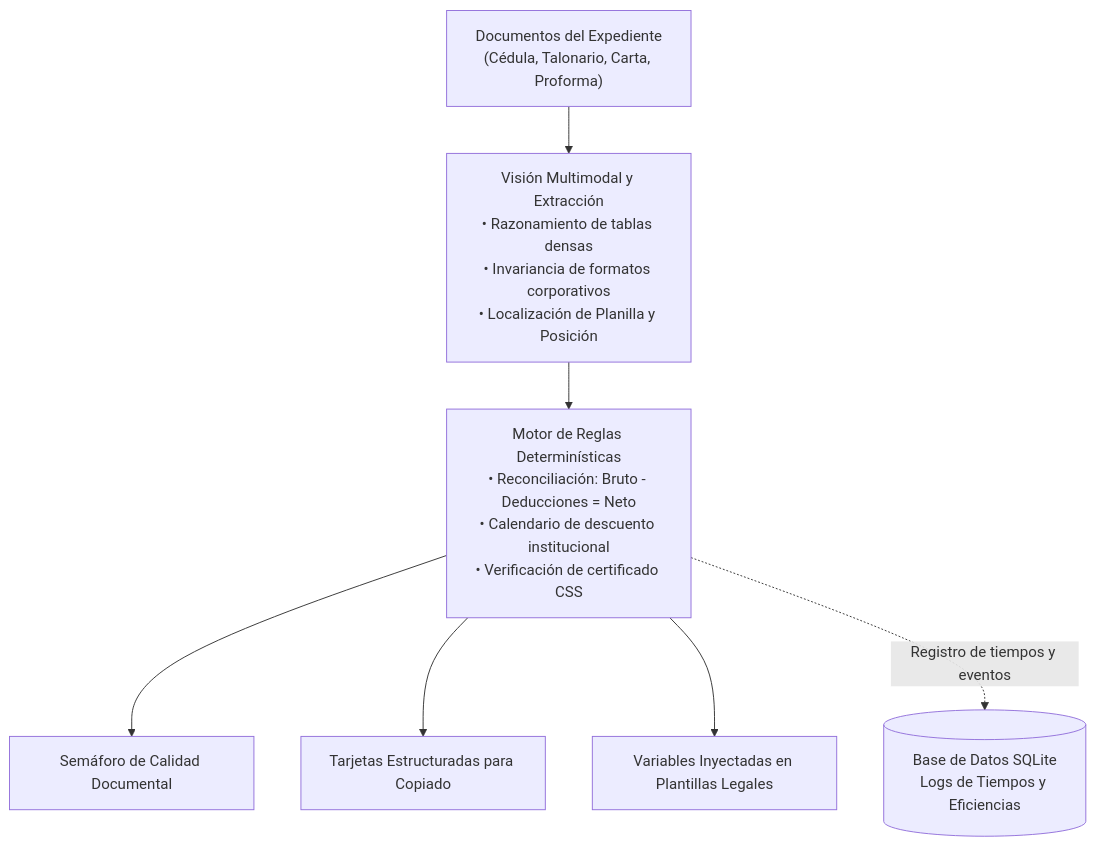
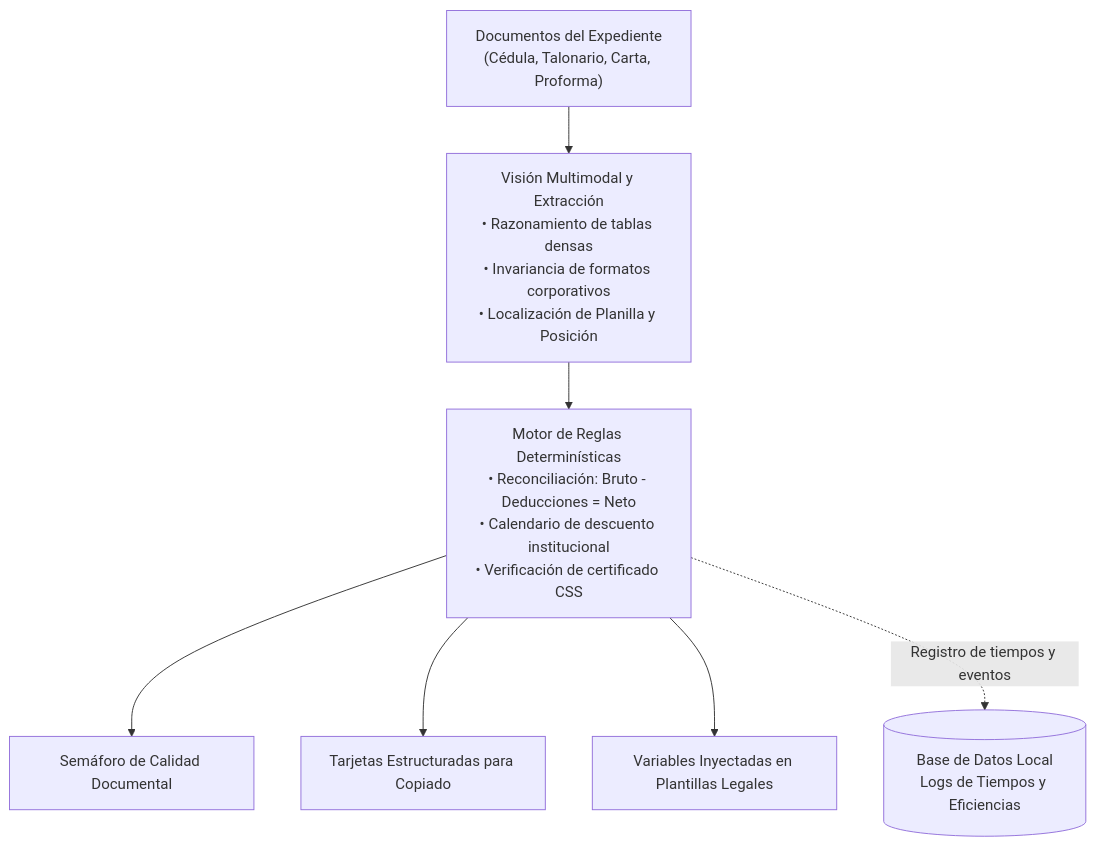
One commit to RBlasser/cda-celulas changed the third of 4 diagrams in formalizacion-pp/design/diseno-arquitectura-asistente-formalizacion.md. Above: the diagram before and after it, drawn with Mermaid. The commit also changed other lines of this file and 1 other file, not shown here.

````diff
--- a/formalizacion-pp/design/diseno-arquitectura-asistente-formalizacion.md
+++ b/formalizacion-pp/design/diseno-arquitectura-asistente-formalizacion.md
@@ -159,12 +159,12 @@
 ```mermaid
 flowchart TD
     DOCS["Documentos del Expediente<br>(Cédula, Talonario, Carta, Proforma)"] --> VLM["Visión Multimodal y Extracción<br>• Razonamiento de tablas densas<br>• Invariancia de formatos corporativos<br>• Localización de Planilla y Posición"]
     
     VLM --> RULES["Motor de Reglas Determinísticas<br>• Reconciliación: Bruto - Deducciones = Neto<br>• Calendario de descuento institucional<br>• Verificación de certificado CSS"]
     
     RULES --> OUT1["Semáforo de Calidad Documental"]
     RULES --> OUT2["Tarjetas Estructuradas para Copiado"]
     RULES --> OUT3["Variables Inyectadas en Plantillas Legales"]
     
-    RULES -.->|"Registro de tiempos y eventos"| SQLITE[("Base de Datos SQLite<br>Logs de Tiempos y Eficiencias")]
+    RULES -.->|"Registro de tiempos y eventos"| LOCAL_DB[("Base de Datos Local<br>Logs de Tiempos y Eficiencias")]
 ```
````
